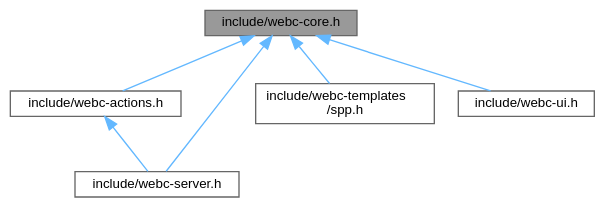
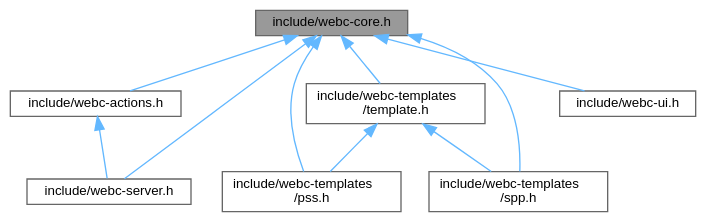
One commit to KDesp73/webc-docs changed the diagram in docs/webc-core_8h__dep__incl.dot. Above: the diagram before and after it, drawn with Graphviz. The commit also changed 54 other files, not shown here.

```diff
--- a/docs/webc-core_8h__dep__incl.dot
+++ b/docs/webc-core_8h__dep__incl.dot
@@ -1,17 +1,23 @@
 digraph "include/webc-core.h"
 {
  // LATEX_PDF_SIZE
   bgcolor="transparent";
   edge [fontname=Helvetica,fontsize=10,labelfontname=Helvetica,labelfontsize=10];
   node [fontname=Helvetica,fontsize=10,shape=box,height=0.2,width=0.4];
   Node1 [id="Node000001",label="include/webc-core.h",height=0.2,width=0.4,color="gray40", fillcolor="grey60", style="filled", fontcolor="black",tooltip=" "];
   Node1 -> Node2 [id="edge1_Node000001_Node000002",dir="back",color="steelblue1",style="solid",tooltip=" "];
   Node2 [id="Node000002",label="include/webc-actions.h",height=0.2,width=0.4,color="grey40", fillcolor="white", style="filled",URL="$webc-actions_8h.html",tooltip=" "];
   Node2 -> Node3 [id="edge2_Node000002_Node000003",dir="back",color="steelblue1",style="solid",tooltip=" "];
   Node3 [id="Node000003",label="include/webc-server.h",height=0.2,width=0.4,color="grey40", fillcolor="white", style="filled",URL="$webc-server_8h.html",tooltip=" "];
   Node1 -> Node3 [id="edge3_Node000001_Node000003",dir="back",color="steelblue1",style="solid",tooltip=" "];
   Node1 -> Node4 [id="edge4_Node000001_Node000004",dir="back",color="steelblue1",style="solid",tooltip=" "];
-  Node4 [id="Node000004",label="include/webc-templates\l/spp.h",height=0.2,width=0.4,color="grey40", fillcolor="white", style="filled",URL="$spp_8h.html",tooltip=" "];
+  Node4 [id="Node000004",label="include/webc-templates\l/pss.h",height=0.2,width=0.4,color="grey40", fillcolor="white", style="filled",URL="$pss_8h.html",tooltip=" "];
   Node1 -> Node5 [id="edge5_Node000001_Node000005",dir="back",color="steelblue1",style="solid",tooltip=" "];
-  Node5 [id="Node000005",label="include/webc-ui.h",height=0.2,width=0.4,color="grey40", fillcolor="white", style="filled",URL="$webc-ui_8h.html",tooltip=" "];
+  Node5 [id="Node000005",label="include/webc-templates\l/spp.h",height=0.2,width=0.4,color="grey40", fillcolor="white", style="filled",URL="$spp_8h.html",tooltip=" "];
+  Node1 -> Node6 [id="edge6_Node000001_Node000006",dir="back",color="steelblue1",style="solid",tooltip=" "];
+  Node6 [id="Node000006",label="include/webc-templates\l/template.h",height=0.2,width=0.4,color="grey40", fillcolor="white", style="filled",URL="$template_8h.html",tooltip=" "];
+  Node6 -> Node4 [id="edge7_Node000006_Node000004",dir="back",color="steelblue1",style="solid",tooltip=" "];
+  Node6 -> Node5 [id="edge8_Node000006_Node000005",dir="back",color="steelblue1",style="solid",tooltip=" "];
+  Node1 -> Node7 [id="edge9_Node000001_Node000007",dir="back",color="steelblue1",style="solid",tooltip=" "];
+  Node7 [id="Node000007",label="include/webc-ui.h",height=0.2,width=0.4,color="grey40", fillcolor="white", style="filled",URL="$webc-ui_8h.html",tooltip=" "];
 }
```
